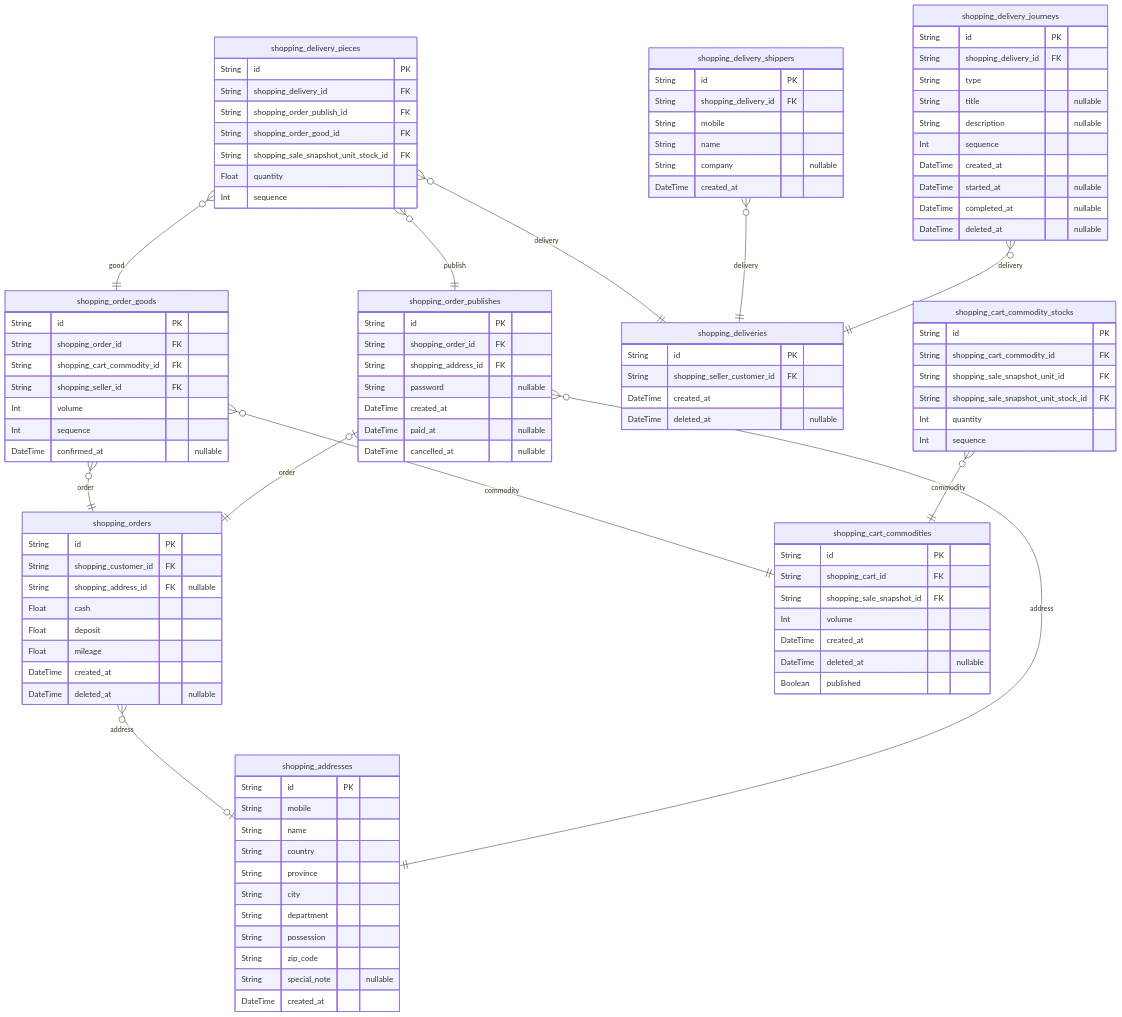
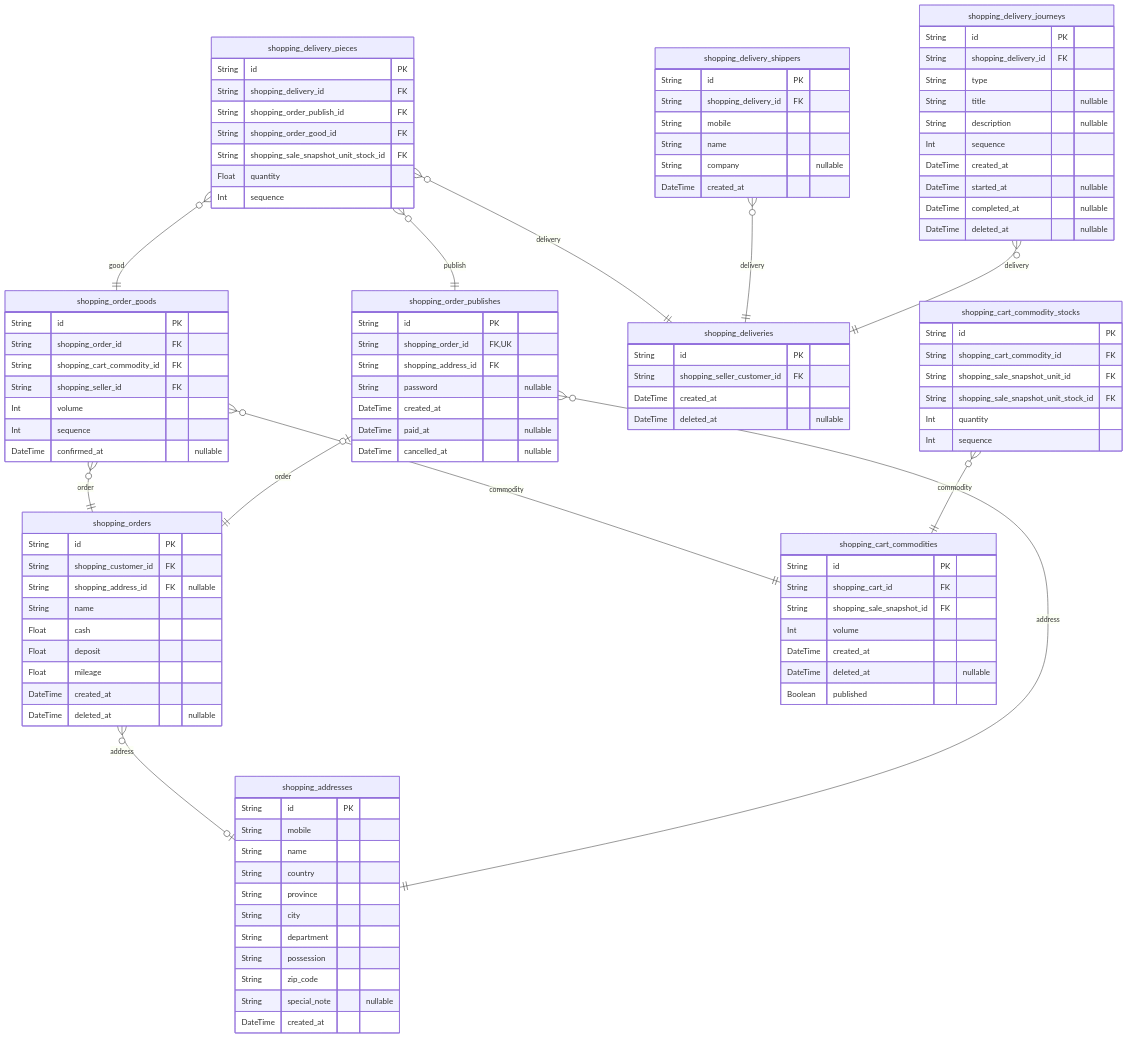
The sixth of 10 diagrams in docs/ERD.md (samchon/shopping-backend), drawn with Mermaid before and after one commit. The commit also changed other lines of this file and 1 other file, not shown here.

Commit message:
Fix ERD generated location

```diff
--- a/docs/ERD.md
+++ b/docs/ERD.md
@@ -1423,6 +1395,7 @@
   String id PK
   String shopping_customer_id FK
   String shopping_address_id FK "nullable"
+  String name
   Float cash
   Float deposit
   Float mileage
@@ -1440,7 +1413,7 @@
 }
 "shopping_order_publishes" {
   String id PK
-  String shopping_order_id FK
+  String shopping_order_id FK,UK
   String shopping_address_id FK
   String password "nullable"
   DateTime created_at
```
